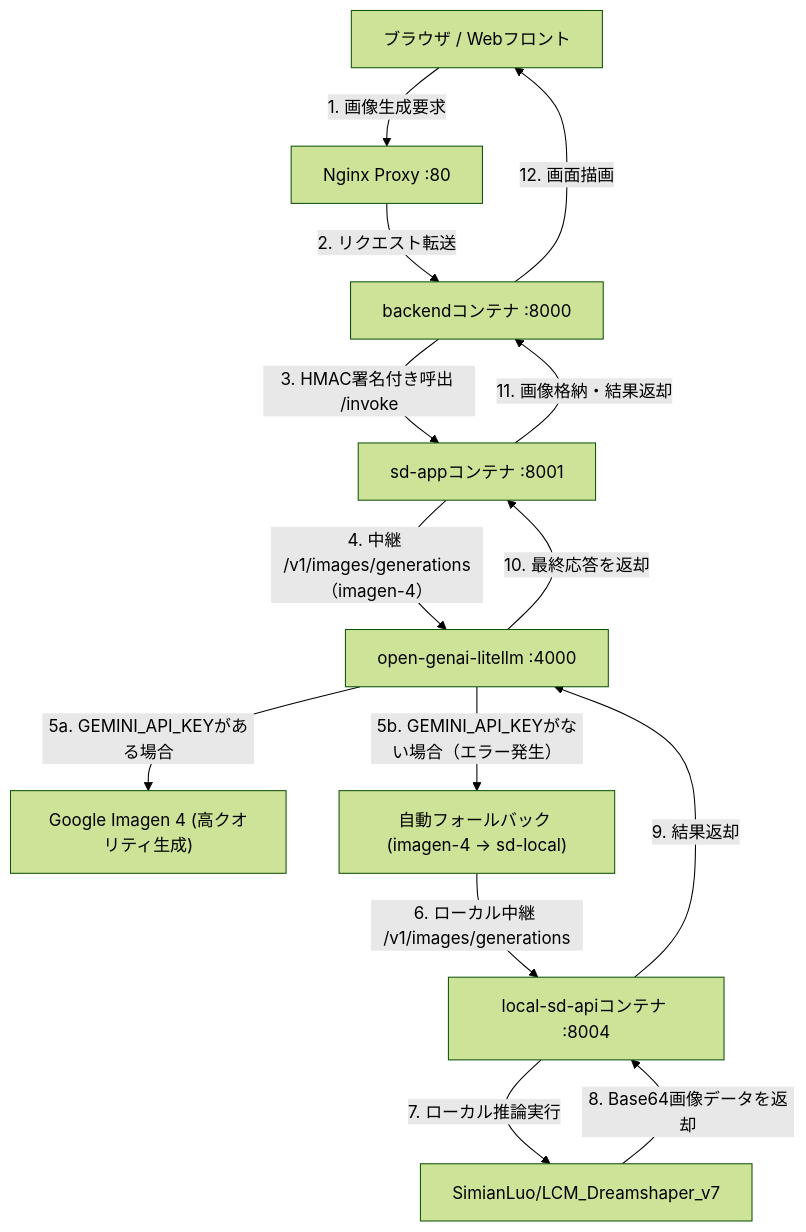
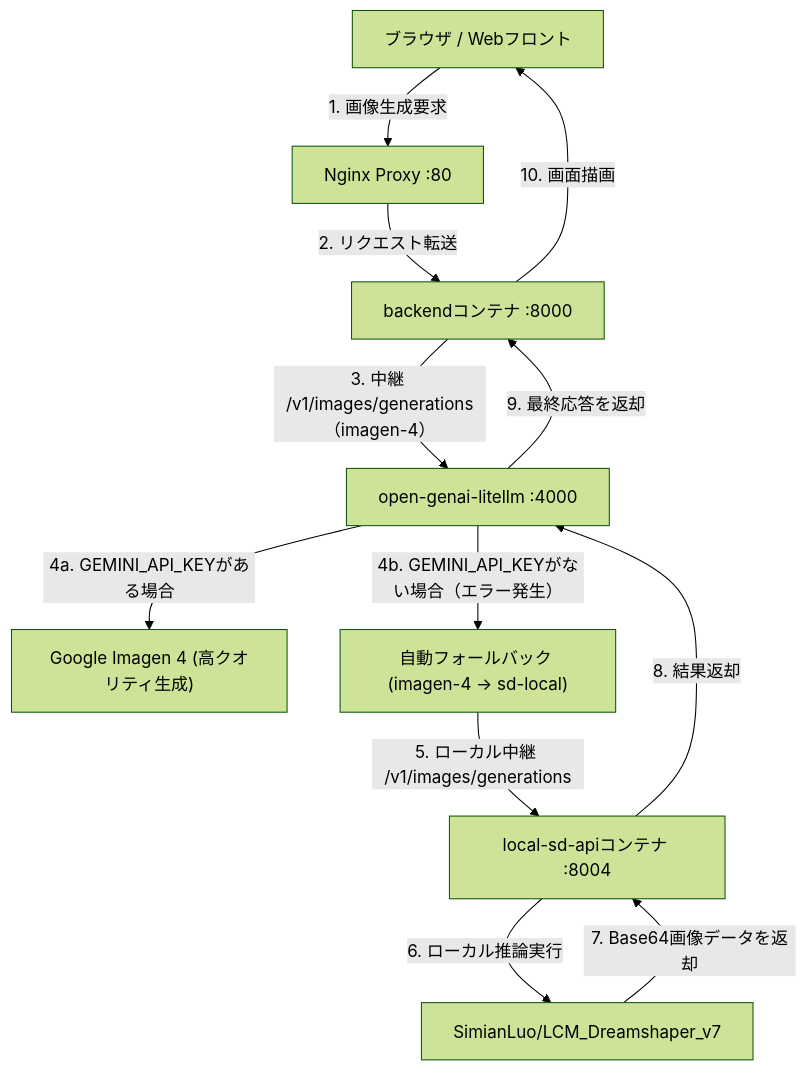
Before and after one commit to chottokun/open-genai: the diagram in docs/sd-app-guide.md, drawn with Mermaid (forest theme). The commit also changed other lines of this file and 2 other files, not shown here.

Commit message:
docs: sd-appコンテナ廃止に伴うドキュメント（構成図、API仕様、導入ガイド）のアップデート

````diff
--- a/docs/sd-app-guide.md
+++ b/docs/sd-app-guide.md
@@ -25,19 +26,17 @@
 ```mermaid
 flowchart TD
     Browser[ブラウザ / Webフロント] -->|1. 画像生成要求| Proxy[Nginx Proxy :80]
     Proxy -->|2. リクエスト転送| Backend[backendコンテナ :8000]
-    Backend -->|3. HMAC署名付き呼出 /invoke| SdApp[sd-appコンテナ :8001]
-    SdApp -->|4. 中継 /v1/images/generations（imagen-4）| LiteLLM[open-genai-litellm :4000]
+    Backend -->|3. 中継 /v1/images/generations（imagen-4）| LiteLLM[open-genai-litellm :4000]
     
     %% LiteLLM内での判定分岐
-    LiteLLM -->|5a. GEMINI_API_KEYがある場合| CloudAPI["Google Imagen 4 (高クオリティ生成)"]
-    LiteLLM -->|5b. GEMINI_API_KEYがない場合（エラー発生）| Fallback["自動フォールバック (imagen-4 -> sd-local)"]
+    LiteLLM -->|4a. GEMINI_API_KEYがある場合| CloudAPI["Google Imagen 4 (高クオリティ生成)"]
+    LiteLLM -->|4b. GEMINI_API_KEYがない場合（エラー発生）| Fallback["自動フォールバック (imagen-4 -> sd-local)"]
     
-    Fallback -->|6. ローカル中継 /v1/images/generations| LocalSD[local-sd-apiコンテナ :8004]
-    LocalSD -->|7. ローカル推論実行| SDModel[SimianLuo/LCM_Dreamshaper_v7]
-    SDModel -->|8. Base64画像データを返却| LocalSD
-    LocalSD -->|9. 結果返却| LiteLLM
-    LiteLLM -->|10. 最終応答を返却| SdApp
-    SdApp -->|11. 画像格納・結果返却| Backend
-    Backend -->|12. 画面描画| Browser
+    Fallback -->|5. ローカル中継 /v1/images/generations| LocalSD[local-sd-apiコンテナ :8004]
+    LocalSD -->|6. ローカル推論実行| SDModel[SimianLuo/LCM_Dreamshaper_v7]
+    SDModel -->|7. Base64画像データを返却| LocalSD
+    LocalSD -->|8. 結果返却| LiteLLM
+    LiteLLM -->|9. 最終応答を返却| Backend
+    Backend -->|10. 画面描画| Browser
 ```
````
